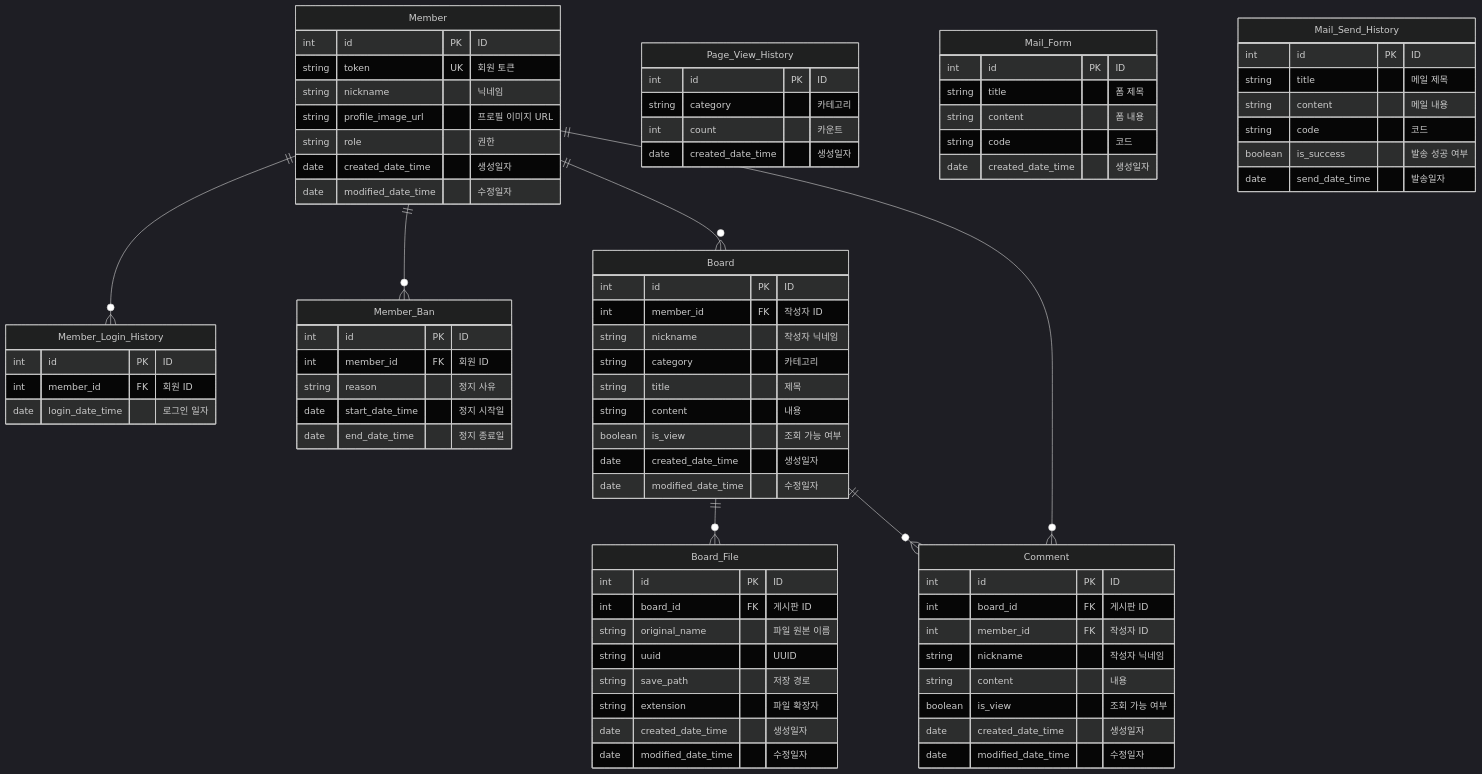
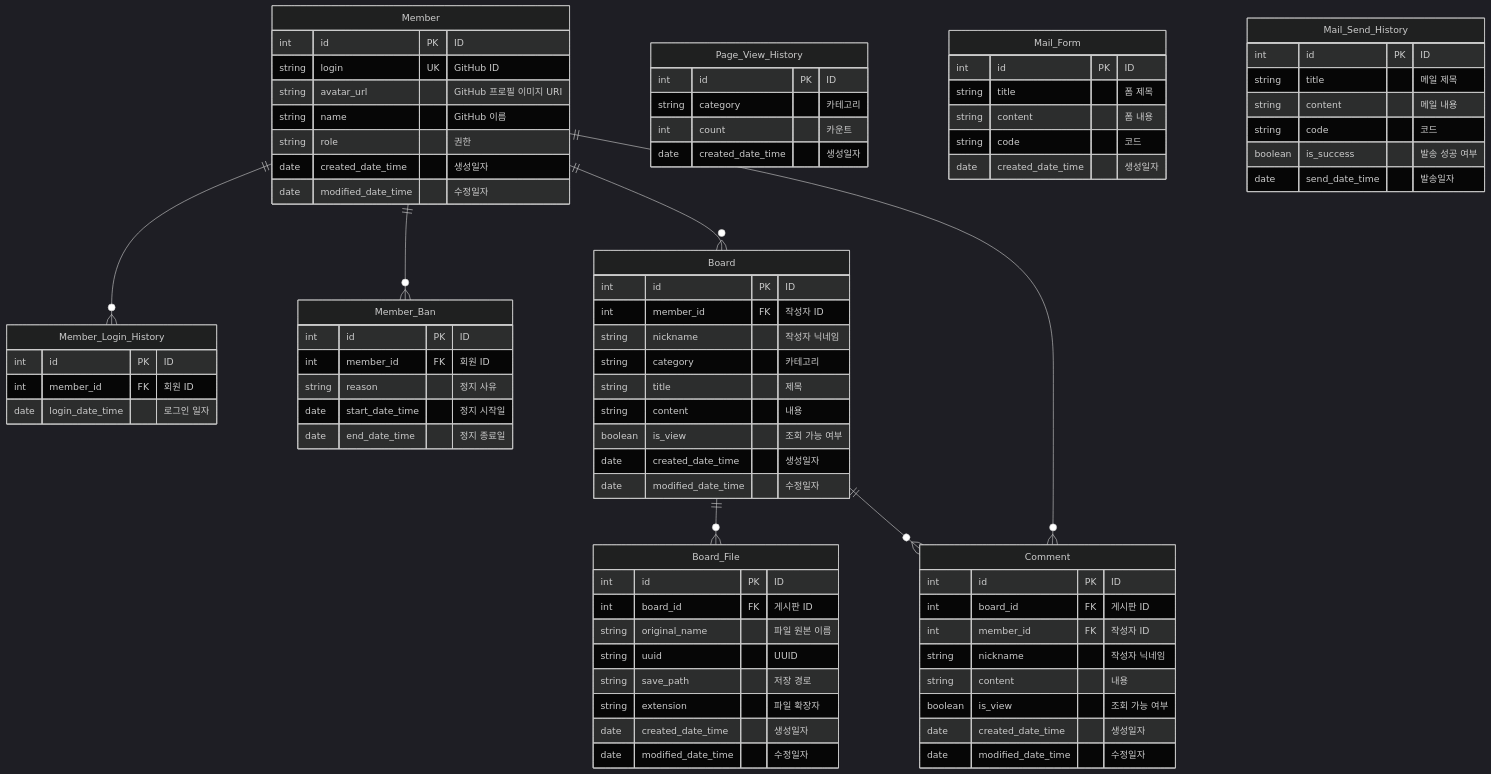
Before and after one commit to two-clock/backend: the diagram in README.md, drawn with Mermaid (dark theme).

Commit message:
docs: Update Member diagram in README.md

```diff
--- a/README.md
+++ b/README.md
@@ -82,9 +82,9 @@
 erDiagram
     Member {
         int id PK "ID"
-        string token UK "회원 토큰"
-        string nickname "닉네임"
-        string profile_image_url "프로필 이미지 URL"
+        string login UK "GitHub ID"
+        string avatar_url "GitHub 프로필 이미지 URI"
+        string name "GitHub 이름"
         string role "권한"
         date created_date_time "생성일자"
         date modified_date_time "수정일자"
```
